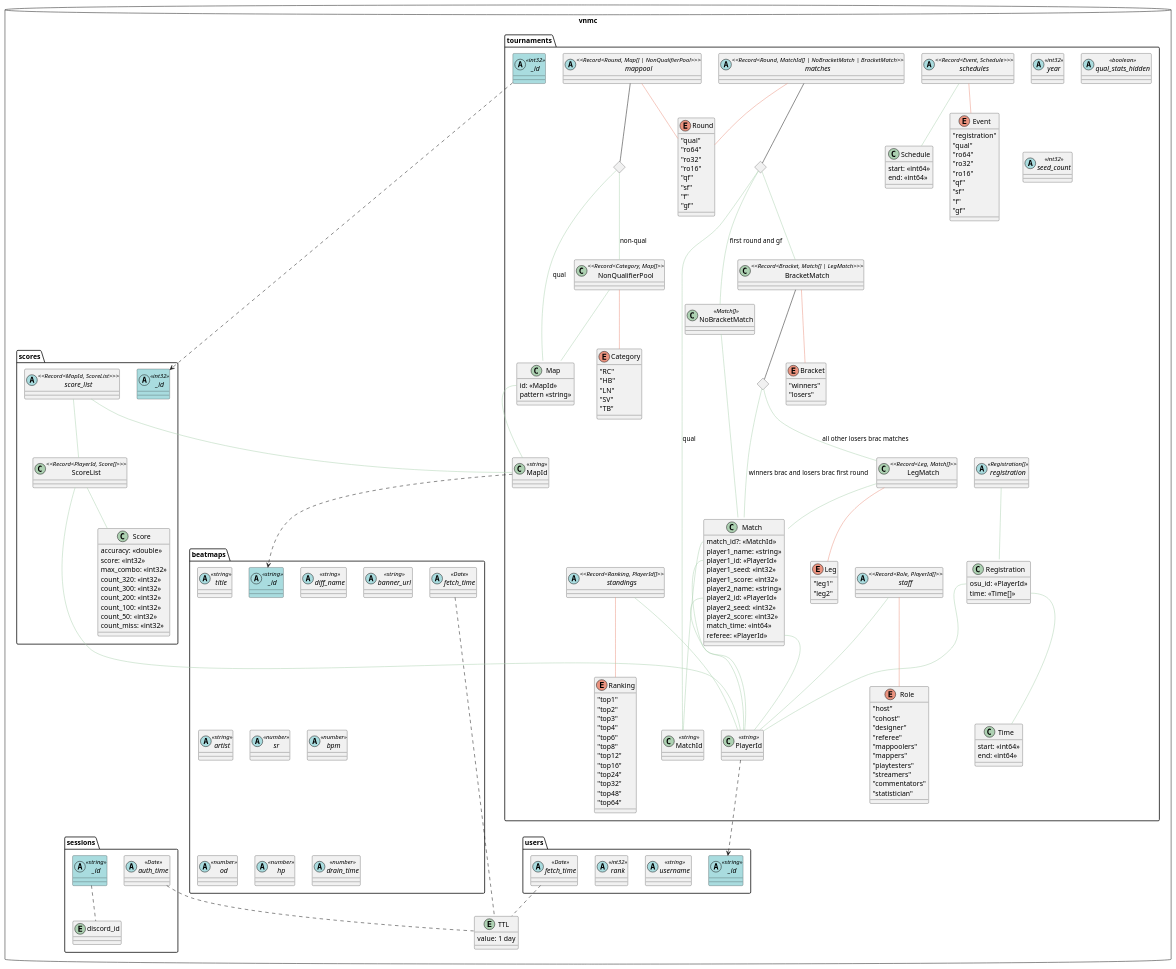
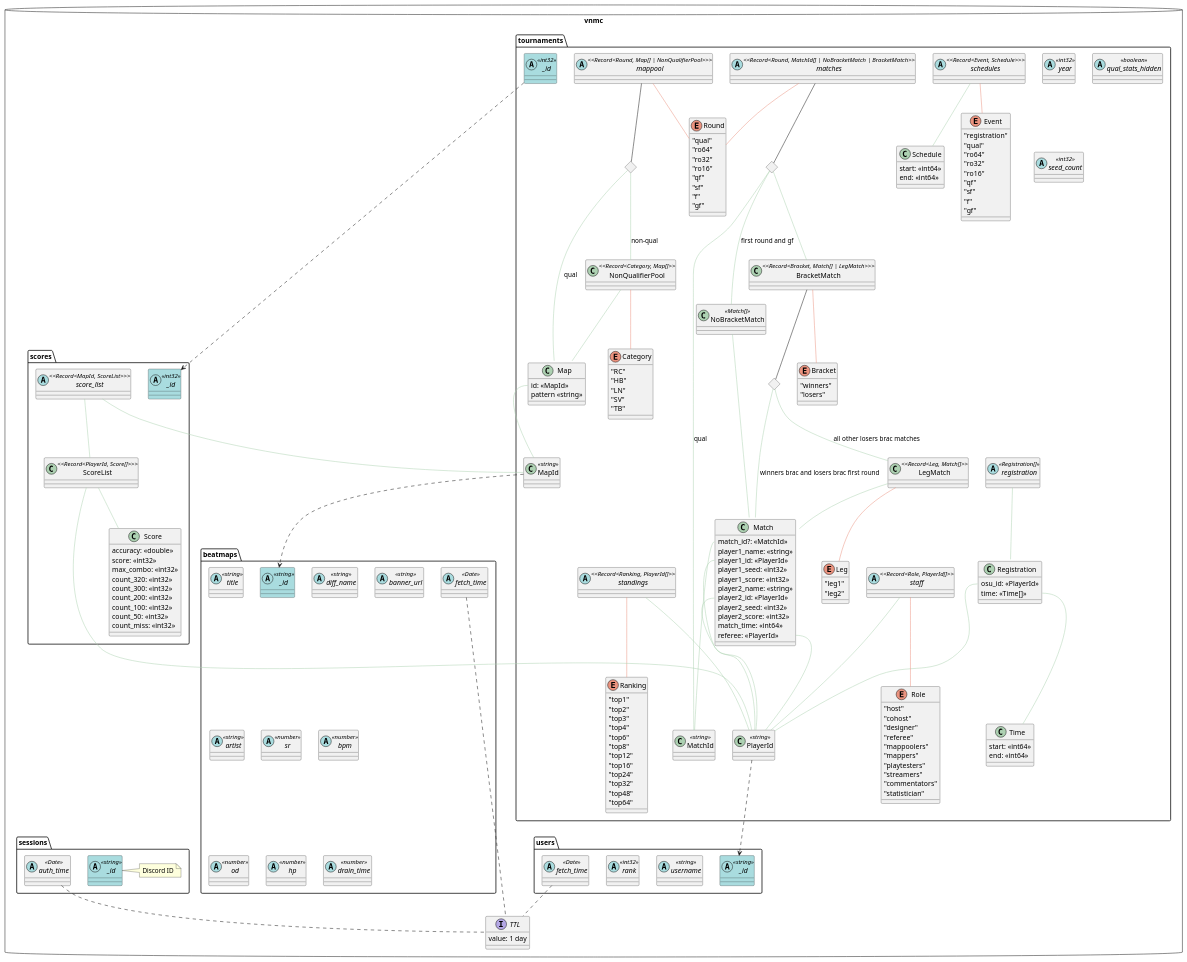
Before and after one commit to vnmc-ecosystem/vnmc-designs: the diagram in bot-db-schema/schema.puml, drawn with PlantUML.

Commit message:
fix(schema): proper `discord_id` note

```diff
--- a/bot-db-schema/schema.puml
+++ b/bot-db-schema/schema.puml
@@ -147,7 +147,7 @@
 	package sessions {
 		abstract session_id as "_id" <<string>> #a9dcdf
 		abstract auth_time <<Date>>
-		entity discord_id
+		note right of session_id : Discord ID
 	}
 
 	package scores {
@@ -167,7 +167,7 @@
 		}
 	}
 
-	entity TTL {
+	interface TTL {
 		value: 1 day
 	}
 }
@@ -212,7 +212,6 @@
 
 
 
-session_id .. discord_id
 user_fetch_time .. TTL
 map_fetch_time .. TTL
 auth_time .. TTL
```
